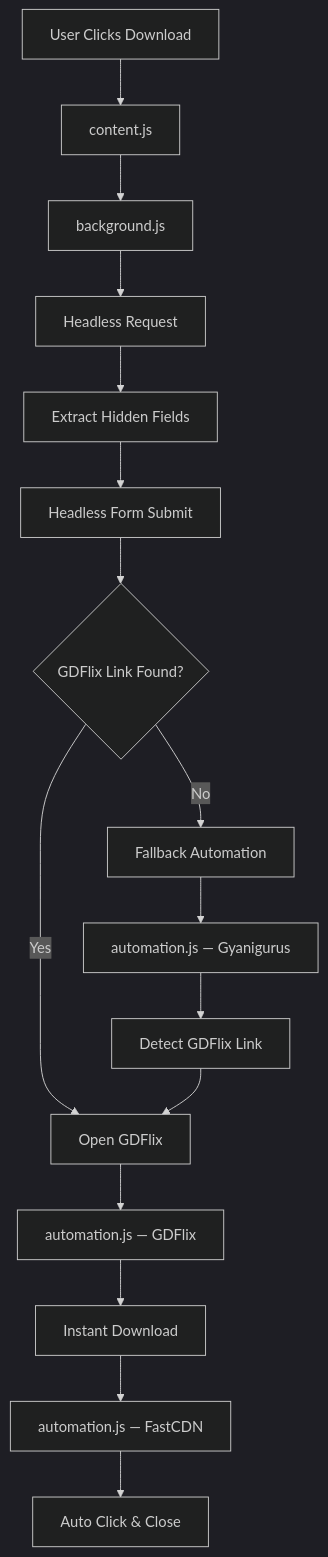
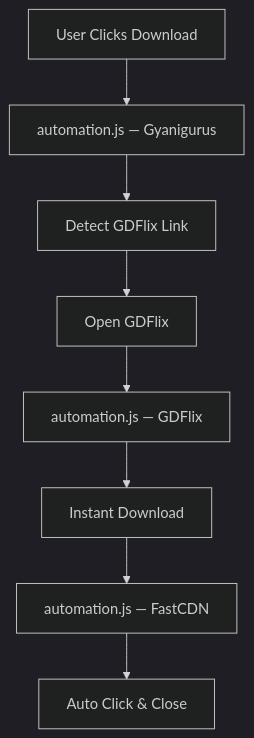
One commit to Deepak5310/DesireMovies-Reimagined changed the diagram in README.md. Above: the diagram before and after it, drawn with Mermaid (dark theme). The commit also changed other lines of this file and 7 other files, not shown here.

````diff
--- a/README.md
+++ b/README.md
@@ -63,24 +30,12 @@
 ```mermaid
 graph TD
-    A[User Clicks Download] --> B[content.js]
-    B --> C[background.js]
-
-    C --> D[Headless Request]
-    D --> E[Extract Hidden Fields]
-    E --> F[Headless Form Submit]
-
-    F --> G{GDFlix Link Found?}
-
-    G -->|Yes| H[Open GDFlix]
-    G -->|No| I[Fallback Automation]
-
-    I --> J[automation.js — Gyanigurus]
+    A[User Clicks Download] --> J[automation.js — Gyanigurus]
     J --> K[Detect GDFlix Link]
-    K --> H
+    K --> H[Open GDFlix]
 
     H --> L[automation.js — GDFlix]
     L --> M[Instant Download]
 
     M --> N[automation.js — FastCDN]
     N --> O[Auto Click & Close]
 ```
````
